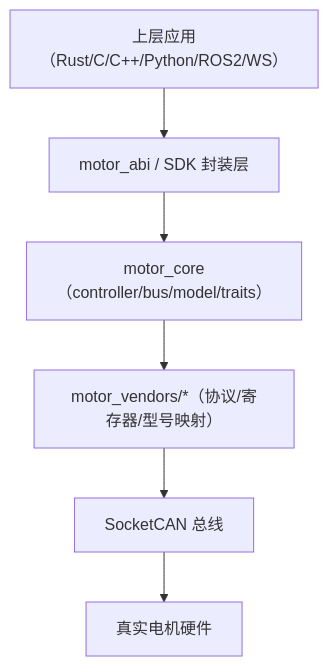
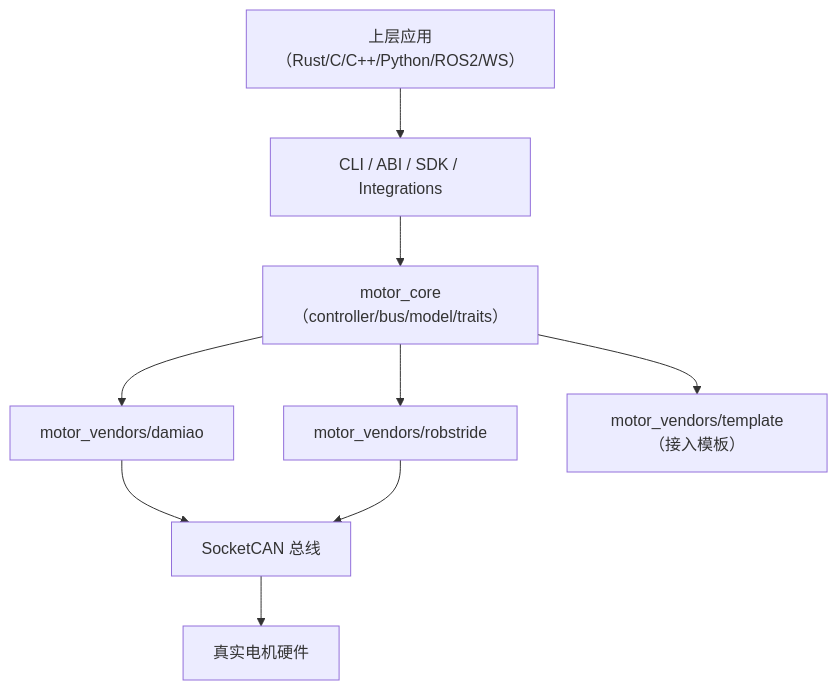
One commit to tianrking/motorbridge changed the first of 2 diagrams in docs/zh/architecture.md. Above: the diagram before and after it, drawn with Mermaid. The commit also changed other lines of this file and 8 other files, not shown here.

Commit message:
docs: restore and sync architecture diagrams, scan guide, and CAN restart docs

````diff
--- a/docs/zh/architecture.md
+++ b/docs/zh/architecture.md
@@ -5,8 +5,11 @@
 ```mermaid
 flowchart TB
-  APP["上层应用（Rust/C/C++/Python/ROS2/WS）"] --> ABI["motor_abi / SDK 封装层"]
-  ABI --> CORE["motor_core（controller/bus/model/traits）"]
-  CORE --> VENDOR["motor_vendors/*（协议/寄存器/型号映射）"]
-  VENDOR --> CAN["SocketCAN 总线"]
+  APP["上层应用（Rust/C/C++/Python/ROS2/WS）"] --> SURFACE["CLI / ABI / SDK / Integrations"]
+  SURFACE --> CORE["motor_core（controller/bus/model/traits）"]
+  CORE --> DAMIAO["motor_vendors/damiao"]
+  CORE --> ROBSTRIDE["motor_vendors/robstride"]
+  CORE --> TEMPLATE["motor_vendors/template（接入模板）"]
+  DAMIAO --> CAN["SocketCAN 总线"]
+  ROBSTRIDE --> CAN
   CAN --> HW["真实电机硬件"]
 ```
````
